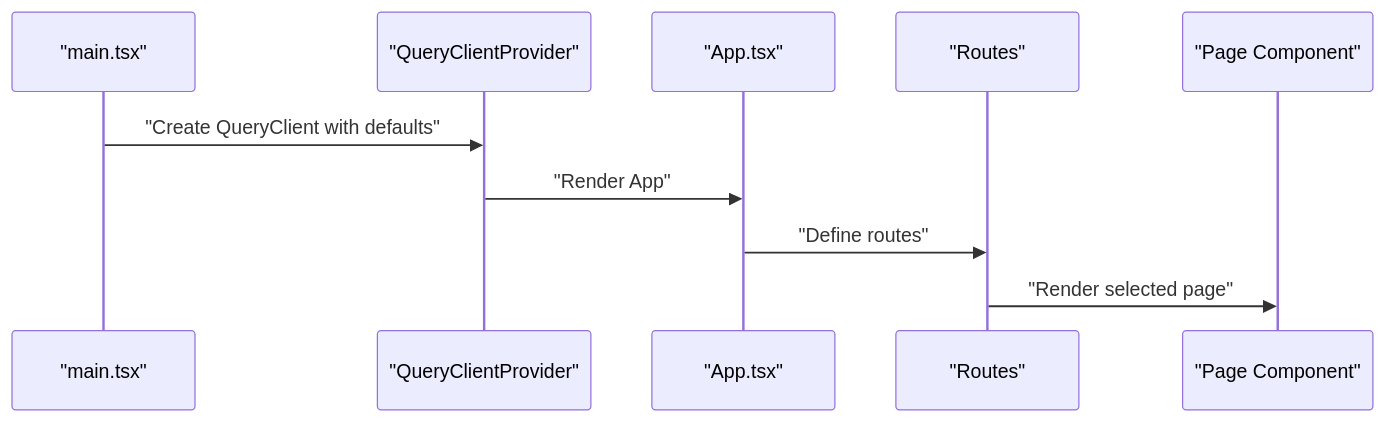
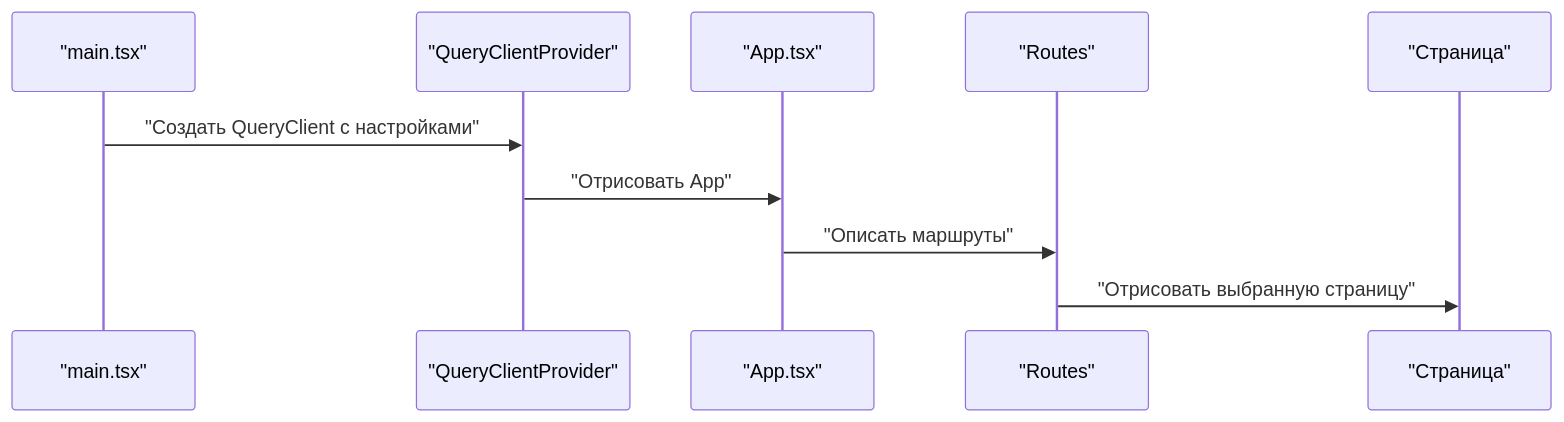
The fourth of 5 diagrams in .qoder/repowiki/en/content/Development Guidelines & Contributing.md (nilsnavi/fit_trackerpro), drawn with Mermaid before and after one commit. The commit also changed other lines of this file and 11 other files, not shown here.

````diff
--- a/.qoder/repowiki/en/content/Development Guidelines & Contributing.md
+++ b/.qoder/repowiki/en/content/Development Guidelines & Contributing.md
@@ -193,12 +198,12 @@
 ```mermaid
 sequenceDiagram
 participant Root as "main.tsx"
 participant Provider as "QueryClientProvider"
 participant App as "App.tsx"
 participant Router as "Routes"
-participant Page as "Page Component"
-Root->>Provider : "Create QueryClient with defaults"
-Provider->>App : "Render App"
-App->>Router : "Define routes"
-Router->>Page : "Render selected page"
+participant Page as "Страница"
+Root->>Provider : "Создать QueryClient с настройками"
+Provider->>App : "Отрисовать App"
+App->>Router : "Описать маршруты"
+Router->>Page : "Отрисовать выбранную страницу"
 ```
````
